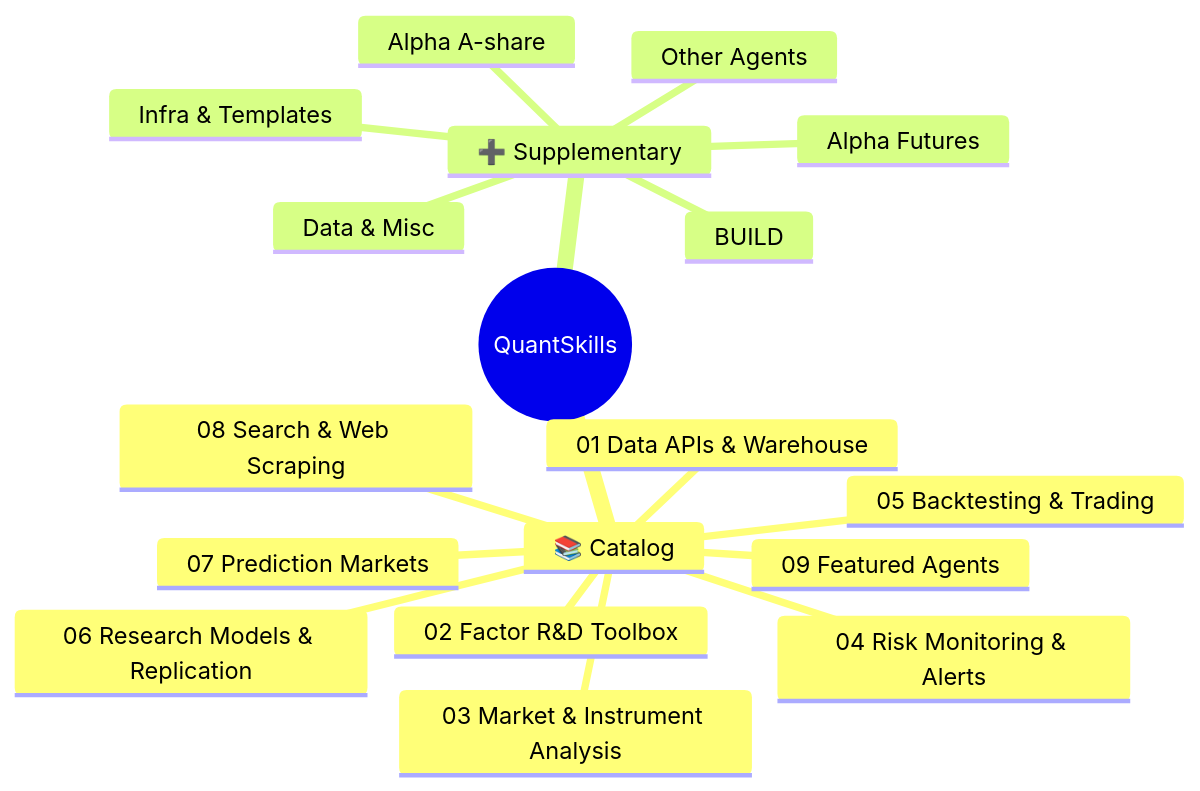
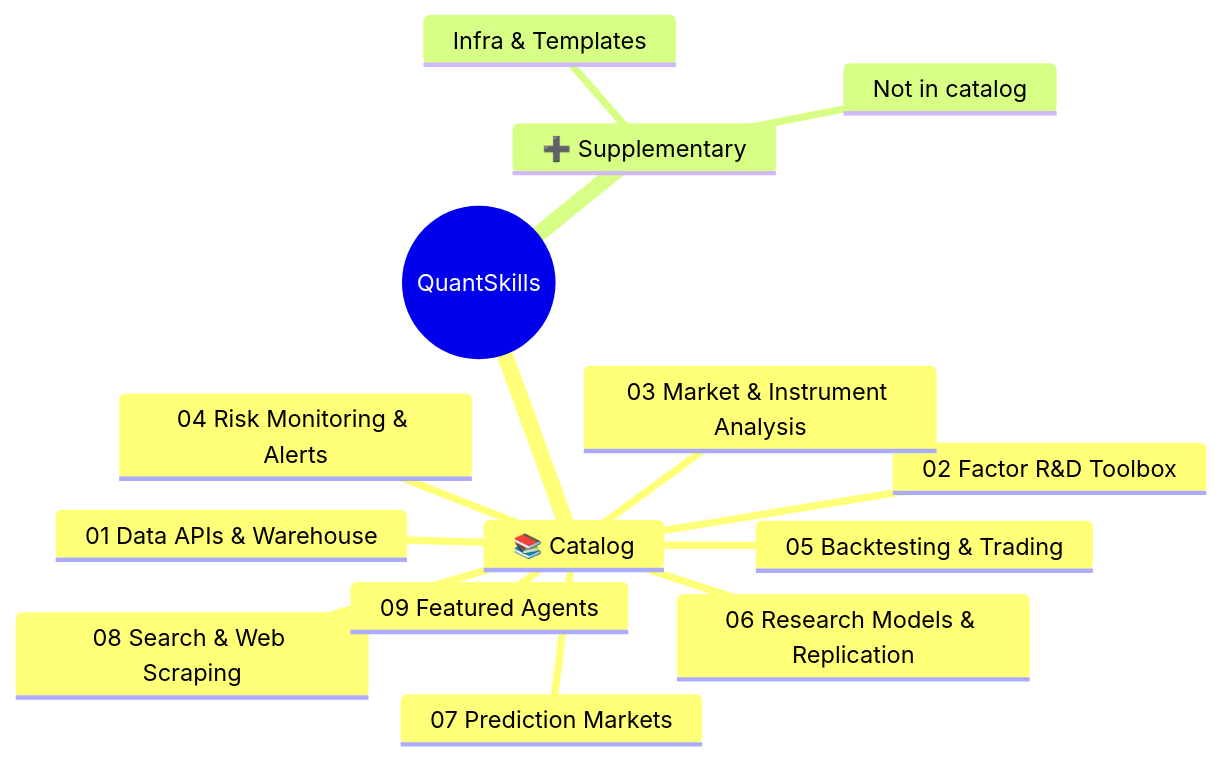
One commit to quantskills/quantskills changed the diagram in README.en.md. Above: the diagram before and after it, drawn with Mermaid. The commit also changed other lines of this file and 3 other files, not shown here.

````diff
--- a/README.en.md
+++ b/README.en.md
@@ -14,21 +14,17 @@
 ```mermaid
 mindmap
   root((QuantSkills))
     📚 Catalog
       01 Data APIs & Warehouse
       02 Factor R&D Toolbox
       03 Market & Instrument Analysis
       04 Risk Monitoring & Alerts
       05 Backtesting & Trading
       06 Research Models & Replication
       07 Prediction Markets
       08 Search & Web Scraping
       09 Featured Agents
     ➕ Supplementary
-      Alpha A-share
-      Alpha Futures
-      BUILD
-      Other Agents
-      Data & Misc
+      Not in catalog
       Infra & Templates
 ```
````
